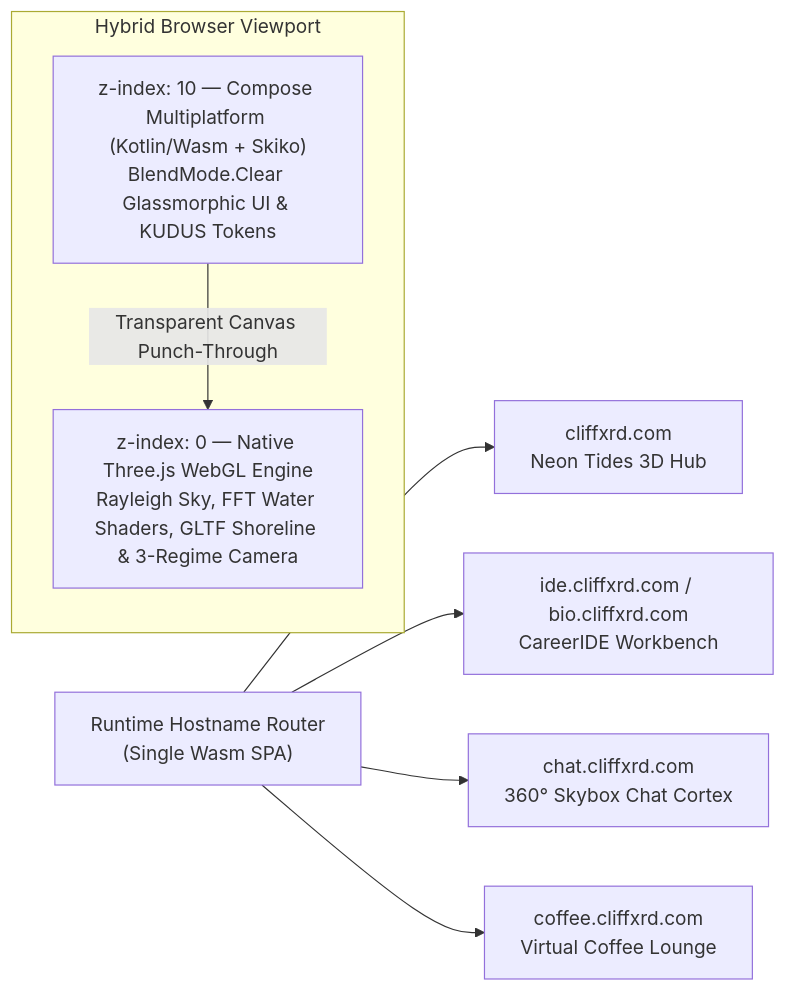
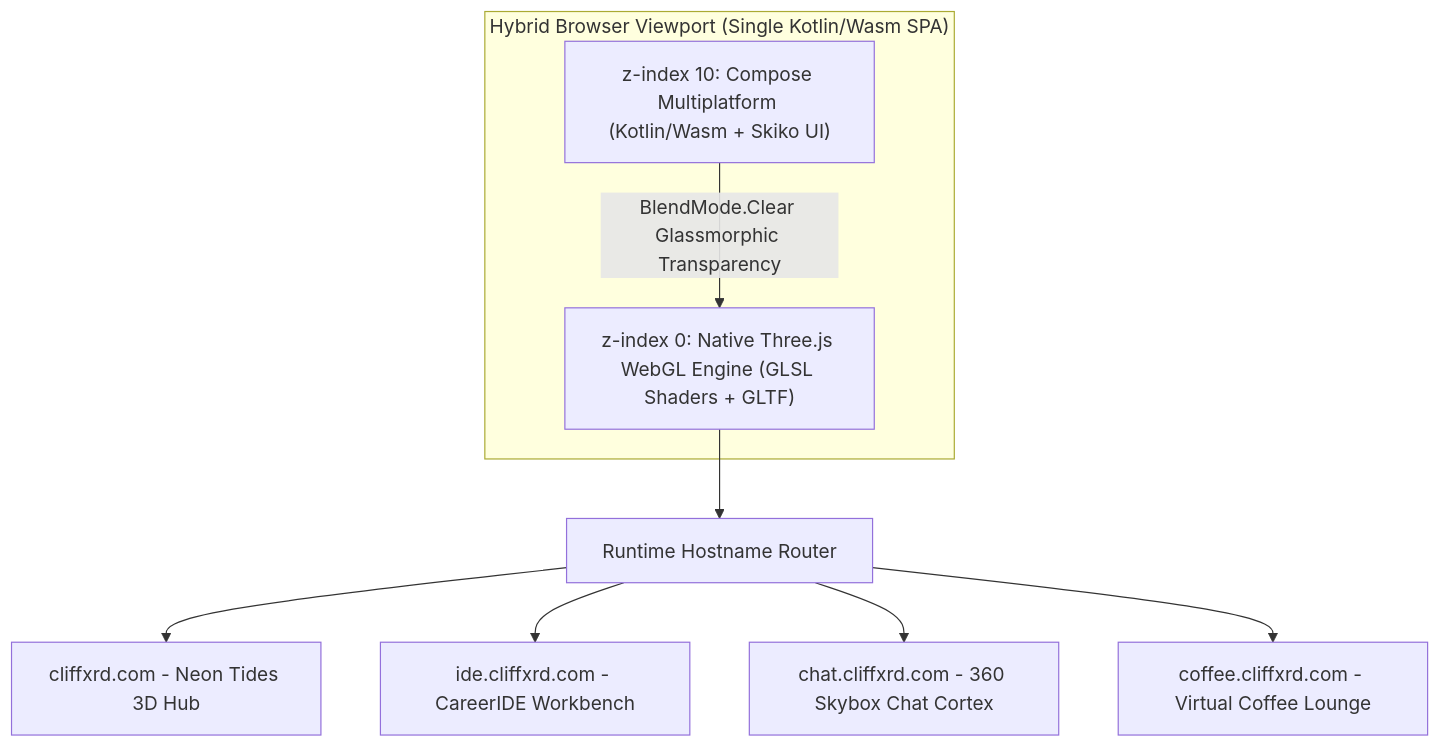
The diagram in README.md (Cliffxrd/Cliffxrd), drawn with Mermaid before and after one commit.

Commit message:
fix(mermaid): replace subgraph direction and backslash-n escapes with GitHub-compatible flowchart TD

````diff
--- a/README.md
+++ b/README.md
@@ -111,14 +111,14 @@
 ```mermaid
-flowchart LR
-    subgraph Browser["Hybrid Browser Viewport"]
-        direction TB
-        WASM["z-index: 10 — Compose Multiplatform (Kotlin/Wasm + Skiko)\nBlendMode.Clear Glassmorphic UI & KUDUS Tokens"]
-        WEBGL["z-index: 0 — Native Three.js WebGL Engine\nRayleigh Sky, FFT Water Shaders, GLTF Shoreline & 3-Regime Camera"]
-        WASM -->|Transparent Canvas Punch-Through| WEBGL
+flowchart TD
+    subgraph Browser["Hybrid Browser Viewport (Single Kotlin/Wasm SPA)"]
+        WASM["z-index 10: Compose Multiplatform (Kotlin/Wasm + Skiko UI)"]
+        WEBGL["z-index 0: Native Three.js WebGL Engine (GLSL Shaders + GLTF)"]
+        WASM -->|"BlendMode.Clear Glassmorphic Transparency"| WEBGL
     end
 
-    Router["Runtime Hostname Router\n(Single Wasm SPA)"] --> Hub["cliffxrd.com\nNeon Tides 3D Hub"]
-    Router --> IDE["ide.cliffxrd.com / bio.cliffxrd.com\nCareerIDE Workbench"]
-    Router --> Chat["chat.cliffxrd.com\n360° Skybox Chat Cortex"]
-    Router --> Coffee["coffee.cliffxrd.com\nVirtual Coffee Lounge"]
+    WEBGL --> Router["Runtime Hostname Router"]
+    Router --> Hub["cliffxrd.com - Neon Tides 3D Hub"]
+    Router --> IDE["ide.cliffxrd.com - CareerIDE Workbench"]
+    Router --> Chat["chat.cliffxrd.com - 360 Skybox Chat Cortex"]
+    Router --> Coffee["coffee.cliffxrd.com - Virtual Coffee Lounge"]
 ```
````
